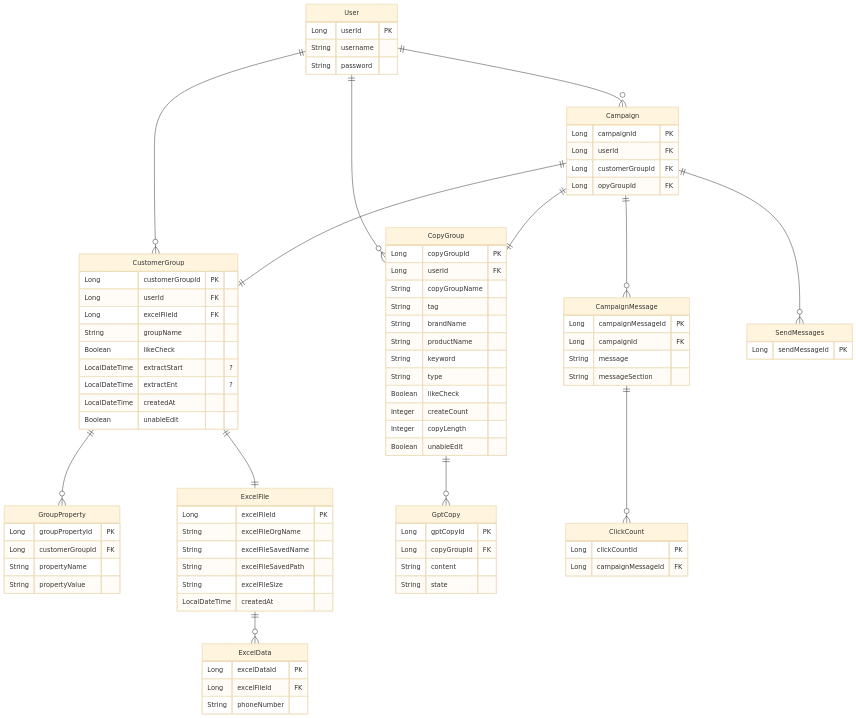
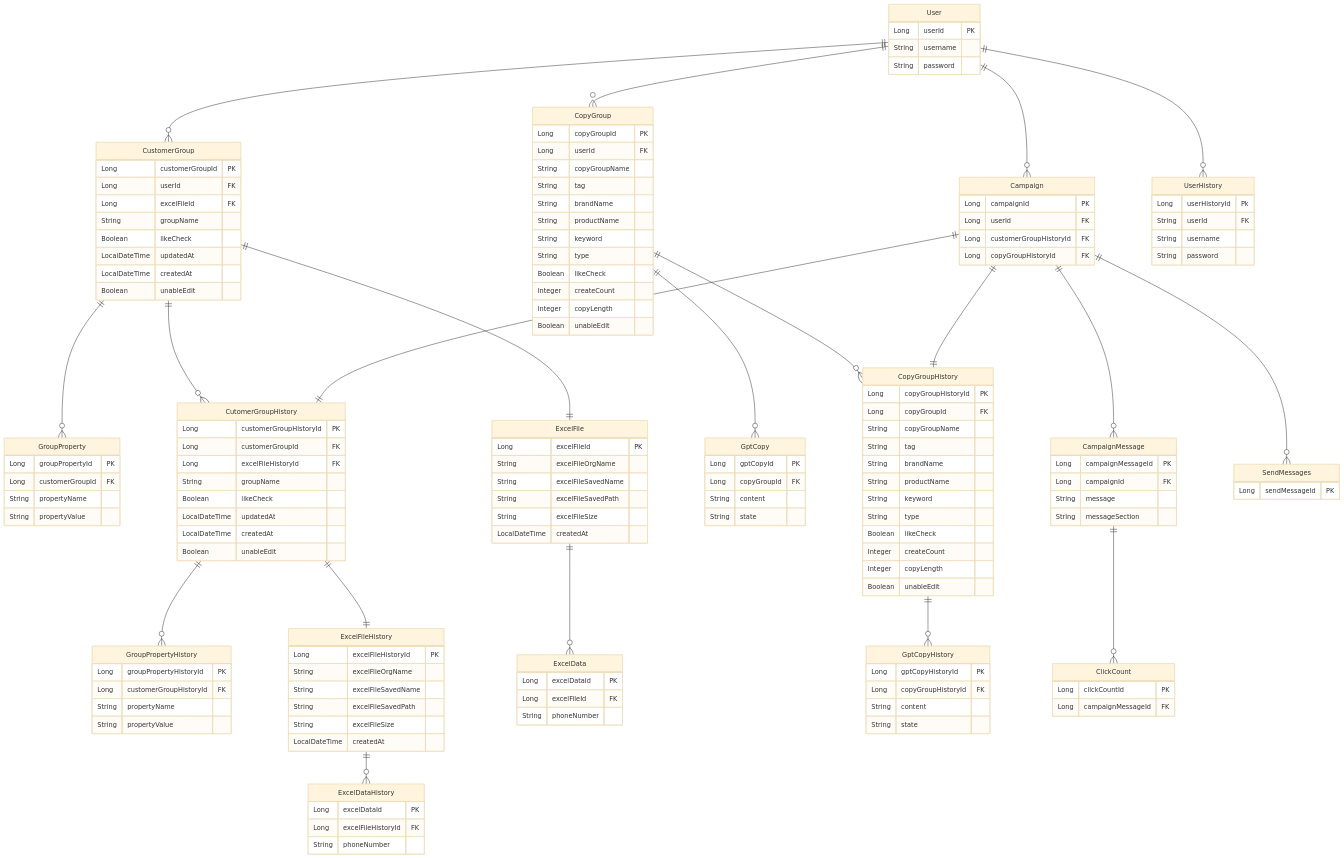
One commit to swcamp-teamP03/Backend changed the diagram in README.md. Above: the diagram before and after it, drawn with Mermaid (base theme).

````diff
--- a/README.md
+++ b/README.md
@@ -88,18 +88,31 @@
         User ||--o{ CustomerGroup : ""
         User ||--o{ CopyGroup : ""
 	User ||--o{ Campaign : ""
+	User ||--o{ UserHistory : ""
 	CustomerGroup  ||--o{ GroupProperty : ""
 	CustomerGroup ||--|| ExcelFile : ""
+	CustomerGroup ||--o{ CutomerGroupHistory : ""
+	CutomerGroupHistory ||--o{ GroupPropertyHistory : ""
+	CutomerGroupHistory ||--|| ExcelFileHistory : ""
+	ExcelFileHistory ||--o{ ExcelDataHistory : ""
 	ExcelFile ||--o{ ExcelData : ""
 	CopyGroup ||--o{ GptCopy : ""
+	CopyGroup ||--o{ CopyGroupHistory : ""
+	CopyGroupHistory ||--o{ GptCopyHistory : ""
 	Campaign ||--o{ CampaignMessage : ""
 	Campaign ||--o{ SendMessages : ""
-	Campaign ||--|| CustomerGroup : ""
-	Campaign ||--|| CopyGroup : ""
+	Campaign ||--|| CutomerGroupHistory  : ""
+	Campaign ||--|| CopyGroupHistory : ""
 	CampaignMessage ||--o{ ClickCount : ""
 
 	User {
 		Long userId PK
+		String username
+		String password
+	}
+	UserHistory{
+		Long userHistoryId Pk
+		String userId FK
 		String username
 		String password
 	}
@@ -109,19 +122,42 @@
 		Long excelFileId FK
 		String groupName
 		Boolean likeCheck
-		LocalDateTime extractStart "?"
-		LocalDateTime extractEnt"?"
+		LocalDateTime updatedAt
 		LocalDateTime createdAt
 		Boolean unableEdit
 	}
+	CutomerGroupHistory {
+		Long customerGroupHistoryId PK
+		Long customerGroupId FK
+		Long excelFileHistoryId FK
+		String groupName
+		Boolean likeCheck
+		LocalDateTime updatedAt
+		LocalDateTime createdAt
+		Boolean unableEdit
+       }
 	GroupProperty {
 		Long groupPropertyId PK
 		Long customerGroupId FK
 		String propertyName
 		String propertyValue
 	}
+	GroupPropertyHistory {
+		Long groupPropertyHistoryId PK
+		Long customerGroupHistoryId FK
+		String propertyName
+		String propertyValue
+       }
 	ExcelFile {
 		Long excelFileId PK
+		String excelFileOrgName
+		String excelFileSavedName
+		String excelFileSavedPath
+		String excelFileSize
+		LocalDateTime createdAt
+	}
+	ExcelFileHistory {
+		Long excelFileHistoryId PK
 		String excelFileOrgName
 		String excelFileSavedName
 		String excelFileSavedPath
@@ -133,9 +169,28 @@
 		Long excelFileId FK
 		String phoneNumber
 	}
+	ExcelDataHistory {
+		Long excelDataId PK
+		Long excelFileHistoryId FK
+		String phoneNumber
+	}
 	CopyGroup {
 		Long copyGroupId PK
                 Long userId FK
+		String copyGroupName
+		String tag
+		String brandName
+		String productName
+		String keyword
+		String type
+		Boolean likeCheck
+		Integer createCount
+		Integer copyLength
+		Boolean unableEdit
+	}
+		CopyGroupHistory {
+		Long copyGroupHistoryId PK
+		Long copyGroupId FK
 		String copyGroupName
 		String tag
 		String brandName
@@ -153,11 +208,17 @@
 		String content
 		String state
 	}
+	GptCopyHistory {
+		Long gptCopyHistoryId PK
+		Long copyGroupHistoryId FK
+		String content
+		String state
+	}
 	Campaign {
 		Long campaignId PK
 		Long userId FK
-		Long customerGroupId FK
-		Long opyGroupId FK 
+		Long customerGroupHistoryId FK
+		Long copyGroupHistoryId FK 
 	}
 	CampaignMessage {
 		Long campaignMessageId PK
@@ -172,4 +233,5 @@
 		Long clickCountId PK
 		Long campaignMessageId FK
 	}
+	
 ```
````
